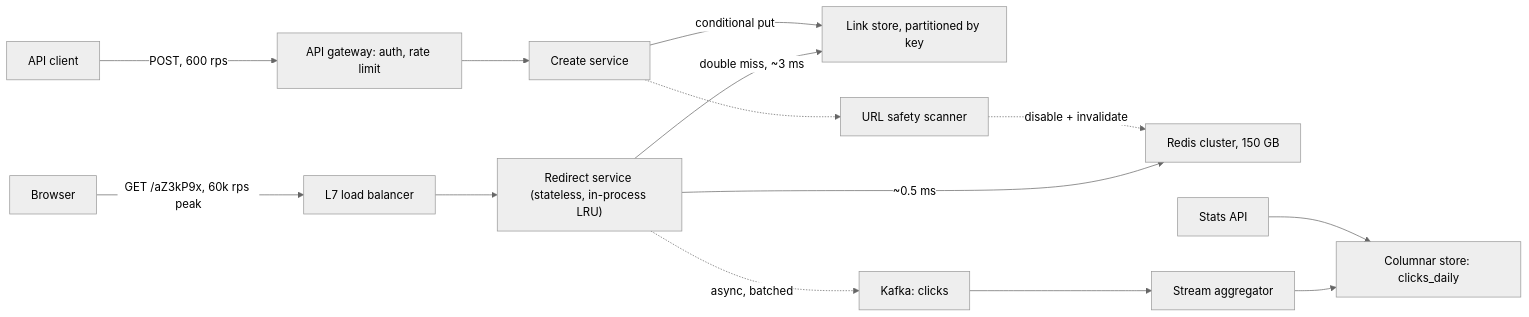
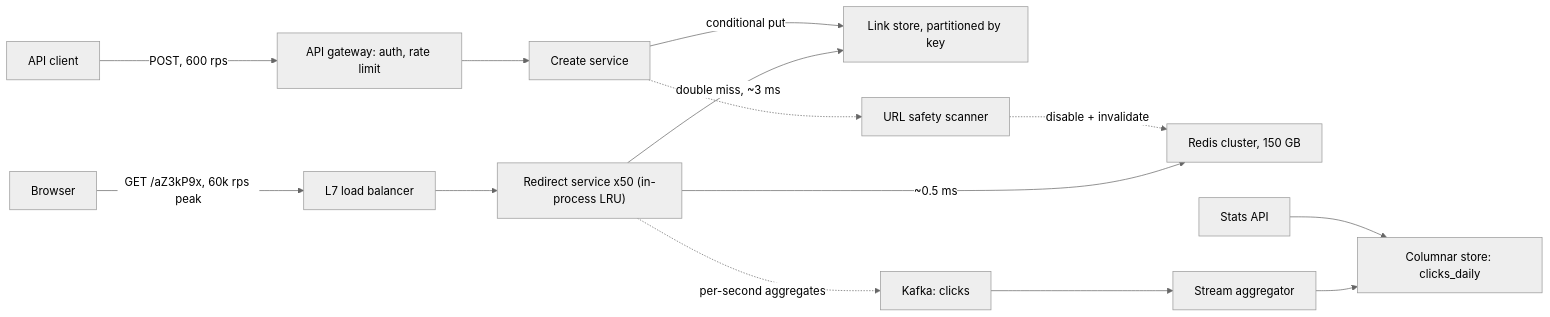
Before and after one commit to thull32/ascend: the diagram in content/tracks/09-system-design/03-case-studies/01-url-shortener.md, drawn with Mermaid (neutral theme). The commit also changed other lines of this file and 8 other files, not shown here.

````diff
--- a/content/tracks/09-system-design/03-case-studies/01-url-shortener.md
+++ b/content/tracks/09-system-design/03-case-studies/01-url-shortener.md
@@ -116,16 +135,16 @@
 ```mermaid
 flowchart LR
   U["Browser"] -->|"GET /aZ3kP9x, 60k rps peak"| LB["L7 load balancer"]
-  LB --> R["Redirect service (stateless, in-process LRU)"]
+  LB --> R["Redirect service x50 (in-process LRU)"]
   R -->|"~0.5 ms"| C["Redis cluster, 150 GB"]
   R -->|"double miss, ~3 ms"| S["Link store, partitioned by key"]
-  R -.->|"async, batched"| K["Kafka: clicks"]
+  R -.->|"per-second aggregates"| K["Kafka: clicks"]
   K --> F["Stream aggregator"]
   F --> O["Columnar store: clicks_daily"]
   A["API client"] -->|"POST, 600 rps"| G["API gateway: auth, rate limit"]
   G --> W["Create service"]
   W -->|"conditional put"| S
   W -.-> Q["URL safety scanner"]
   Q -.->|"disable + invalidate"| C
   ST["Stats API"] --> O
 ```
````
